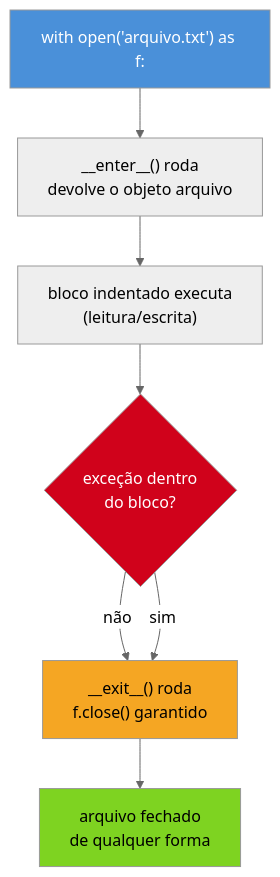
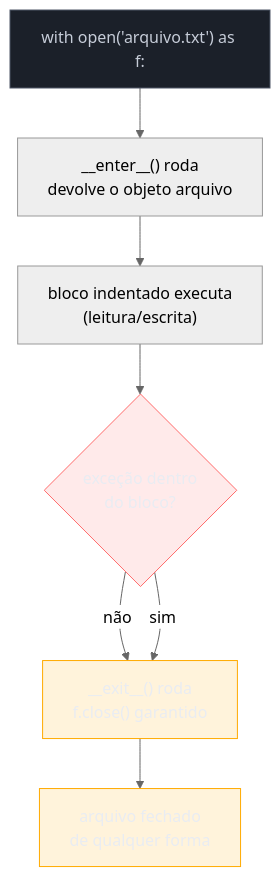
The third of 3 diagrams in 03-Dominios/Tecnologia/Python/Certificação (PCEP-PCAP)/05 - PCAP — miscellaneous, comprehensions, lambdas, closures e arquivos.md (josenaldo/codex-technomanticus), drawn with Mermaid (neutral theme) before and after one commit. The commit also changed other lines of this file and 1181 other files, not shown here.

First line of the commit message:
fix(diagramas): paleta do sistema no lugar de cor cravada no markdown

````diff
--- a/03-Dominios/Tecnologia/Python/Certificação (PCEP-PCAP)/05 - PCAP — miscellaneous, comprehensions, lambdas, closures e arquivos.md
+++ b/03-Dominios/Tecnologia/Python/Certificação (PCEP-PCAP)/05 - PCAP — miscellaneous, comprehensions, lambdas, closures e arquivos.md
@@ -313,14 +319,17 @@
 ```mermaid
 flowchart TB
+    classDef neutro fill:#1B2029,stroke:#4E5666,color:#C6CCD8
+    classDef destaque fill:#FFAA0024,stroke:#FFAA00,color:#E9ECF2
+    classDef falha fill:#FF6B6B24,stroke:#FF6B6B,color:#E9ECF2
     A["with open('arquivo.txt') as f:"] --> B["__enter__() roda<br/>devolve o objeto arquivo"]
     B --> C["bloco indentado executa<br/>(leitura/escrita)"]
     C --> D{"exceção dentro<br/>do bloco?"}
     D -->|"não"| E["__exit__() roda<br/>f.close() garantido"]
     D -->|"sim"| E
     E --> F["arquivo fechado<br/>de qualquer forma"]
 
-    style A fill:#4A90D9,color:#fff
-    style E fill:#F5A623,color:#000
-    style F fill:#7ED321,color:#000
-    style D fill:#D0021B,color:#fff
+    class A neutro
+    class E destaque
+    class F destaque
+    class D falha
 ```
````
